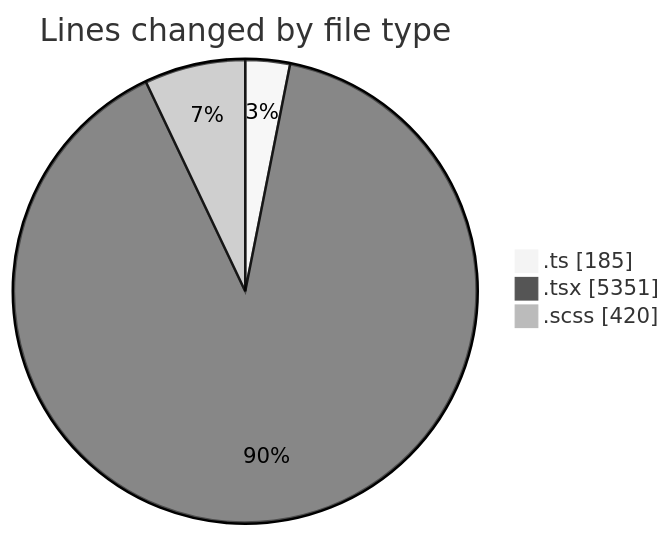
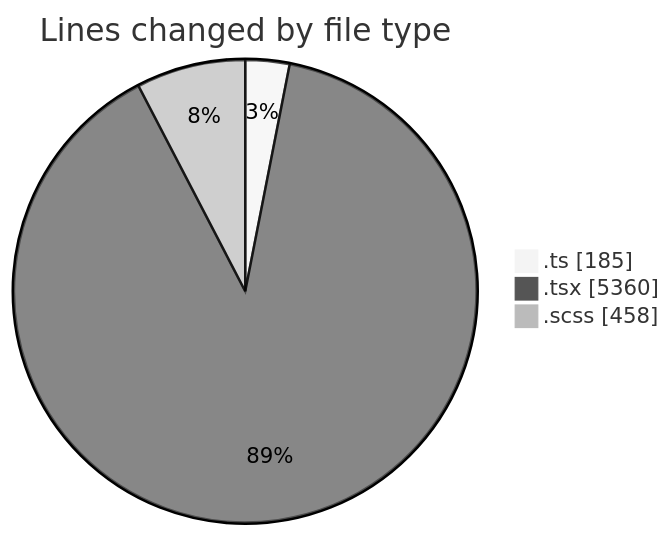
Before and after one commit to momahboobian/code-tracking: the first of 2 diagrams in 2026-11-05/cda/README.md, drawn with Mermaid (neutral theme). The commit also changed other lines of this file and 1 other file, not shown here.

````diff
--- a/2026-11-05/cda/README.md
+++ b/2026-11-05/cda/README.md
@@ -40,7 +40,7 @@
 ```mermaid
 pie showData
 title Lines changed by file type
 ".ts" : 185
-".tsx" : 5351
-".scss" : 420
+".tsx" : 5360
+".scss" : 458
 ```
````
